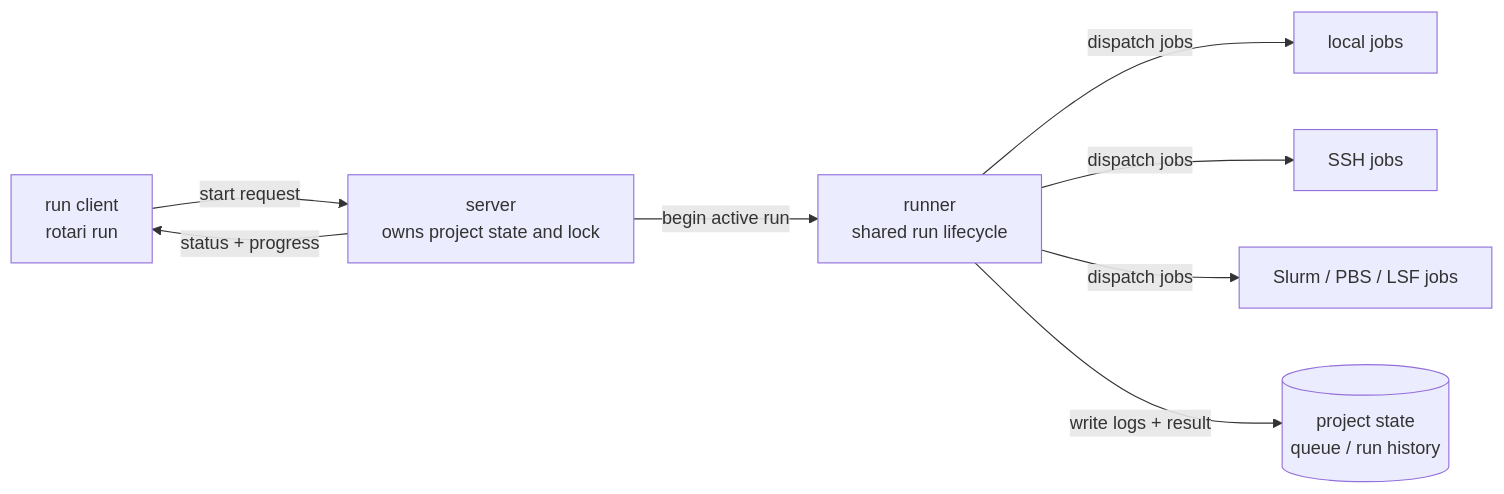
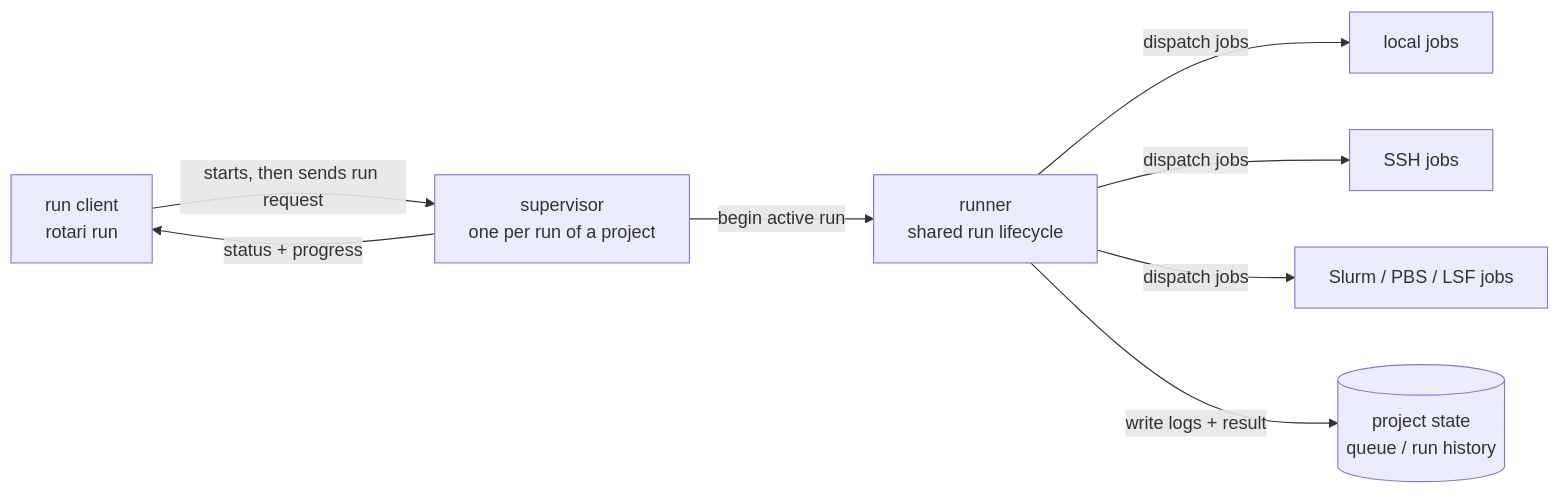
One commit to kamo-naoyuki/rotari changed the second of 2 diagrams in docs/CONCEPTS.md. Above: the diagram before and after it, drawn with Mermaid. The commit also changed other lines of this file and 39 other files, not shown here.

````diff
--- a/docs/CONCEPTS.md
+++ b/docs/CONCEPTS.md
@@ -245,10 +270,10 @@
 ```mermaid
 flowchart LR
-    Client["run client\nrotari run"] -->|start request| Server["server\nowns project state and lock"]
+    Client["run client\nrotari run"] -->|starts, then sends run request| Server["supervisor\none per run of a project"]
     Server -->|begin active run| Runner["runner\nshared run lifecycle"]
     Runner -->|dispatch jobs| Local["local jobs"]
     Runner -->|dispatch jobs| SSH["SSH jobs"]
     Runner -->|dispatch jobs| Scheduler["Slurm / PBS / LSF jobs"]
     Runner -->|write logs + result| State[("project state\nqueue / run history")]
     Server -->|status + progress| Client
 ```
````
